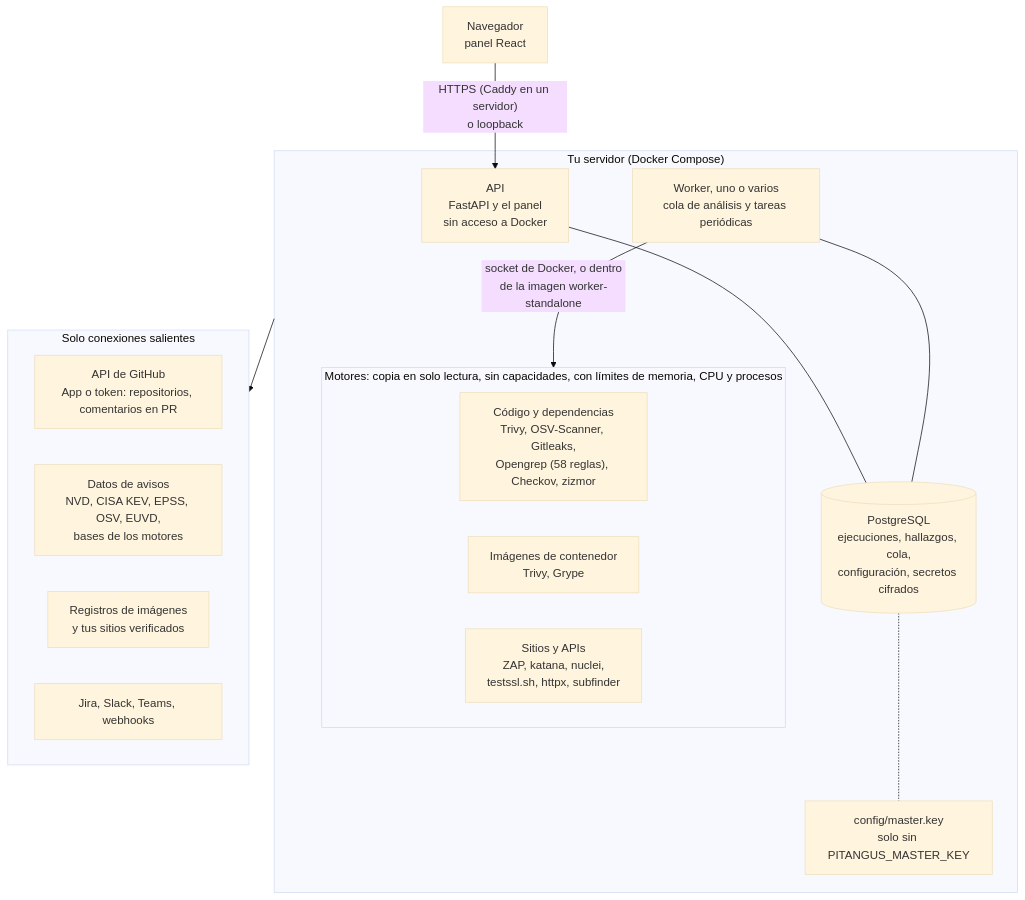
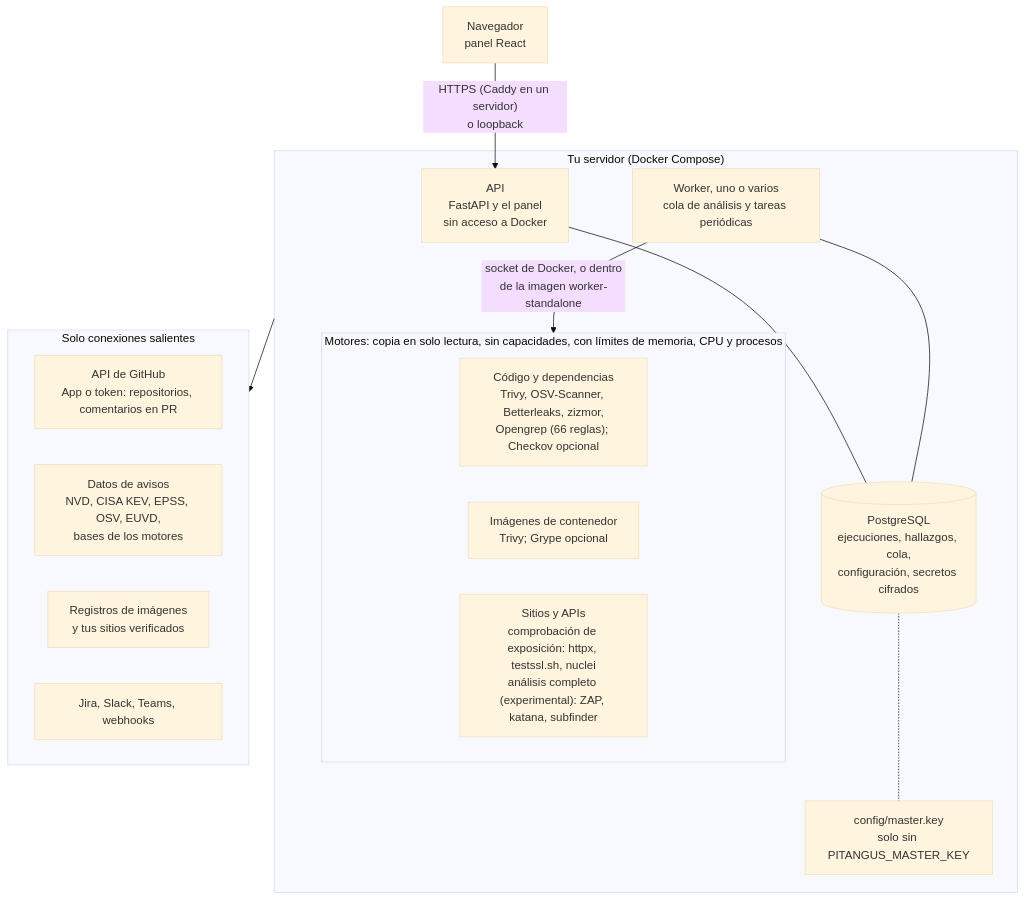
The diagram in docs/es/arquitectura.md (Pitangus-Dev/pitangus), drawn with Mermaid (base theme) before and after one commit. The commit also changed other lines of this file and 685 other files, not shown here.

````diff
--- a/docs/es/arquitectura.md
+++ b/docs/es/arquitectura.md
@@ -12,31 +12,31 @@
 ```mermaid
 flowchart TB
   browser["Navegador<br/>panel React"]
 
   subgraph host["Tu servidor (Docker Compose)"]
     api["API<br/>FastAPI y el panel<br/>sin acceso a Docker"]
     db[("PostgreSQL<br/>ejecuciones, hallazgos, cola,<br/>configuración, secretos cifrados")]
     worker["Worker, uno o varios<br/>cola de análisis y tareas periódicas"]
     key["config/master.key<br/>solo sin PITANGUS_MASTER_KEY"]
     api --- db
     worker --- db
     db -.- key
     subgraph engines["Motores: copia en solo lectura, sin capacidades, con límites de memoria, CPU y procesos"]
-      code["Código y dependencias<br/>Trivy, OSV-Scanner, Gitleaks,<br/>Opengrep (58 reglas), Checkov, zizmor"]
-      images["Imágenes de contenedor<br/>Trivy, Grype"]
-      web["Sitios y APIs<br/>ZAP, katana, nuclei,<br/>testssl.sh, httpx, subfinder"]
+      code["Código y dependencias<br/>Trivy, OSV-Scanner, Betterleaks, zizmor,<br/>Opengrep (66 reglas); Checkov opcional"]
+      images["Imágenes de contenedor<br/>Trivy; Grype opcional"]
+      web["Sitios y APIs<br/>comprobación de exposición: httpx, testssl.sh, nuclei<br/>análisis completo (experimental): ZAP, katana, subfinder"]
     end
     worker -- "socket de Docker, o dentro<br/>de la imagen worker-standalone" --> engines
   end
 
   browser -- "HTTPS (Caddy en un servidor)<br/>o loopback" --> api
 
   subgraph outbound["Solo conexiones salientes"]
     github["API de GitHub<br/>App o token: repositorios, comentarios en PR"]
     feeds["Datos de avisos<br/>NVD, CISA KEV, EPSS, OSV, EUVD,<br/>bases de los motores"]
     targets["Registros de imágenes<br/>y tus sitios verificados"]
     notify["Jira, Slack, Teams, webhooks"]
   end
 
   host --> outbound
 ```
````
